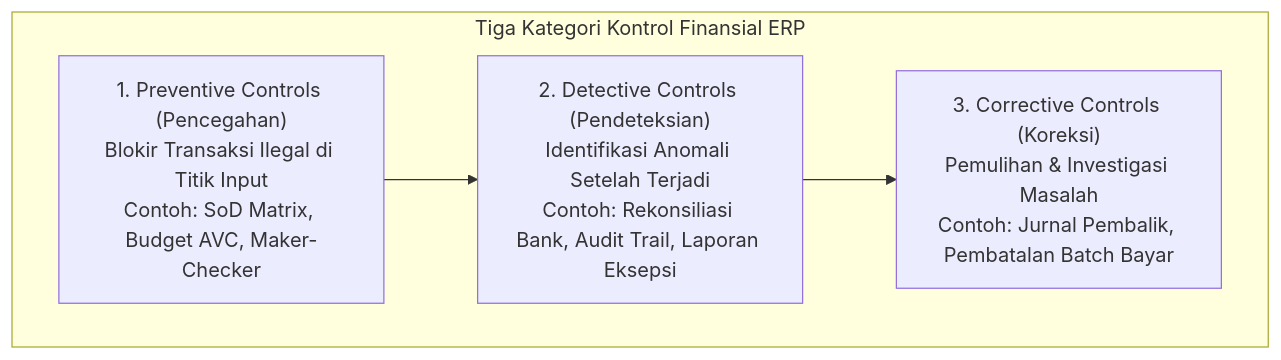
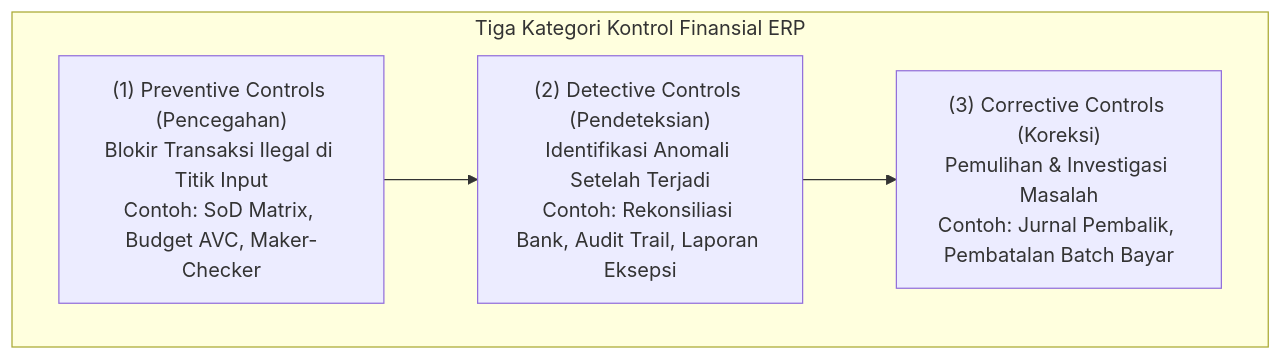
Before and after one commit to alimurrofid/erp-notes: the first of 2 diagrams in content/07-finance/financial-controls.md, drawn with Mermaid. The commit also changed 132 other files, not shown here.

````diff
--- a/content/07-finance/financial-controls.md
+++ b/content/07-finance/financial-controls.md
@@ -9,9 +9,9 @@
 ```mermaid
 flowchart TD
     subgraph COSOControlTypes["Tiga Kategori Kontrol Finansial ERP"]
-        Prev["1. Preventive Controls (Pencegahan)<br/>Blokir Transaksi Ilegal di Titik Input<br/>Contoh: SoD Matrix, Budget AVC, Maker-Checker"]
-        Det["2. Detective Controls (Pendeteksian)<br/>Identifikasi Anomali Setelah Terjadi<br/>Contoh: Rekonsiliasi Bank, Audit Trail, Laporan Eksepsi"]
-        Corr["3. Corrective Controls (Koreksi)<br/>Pemulihan & Investigasi Masalah<br/>Contoh: Jurnal Pembalik, Pembatalan Batch Bayar"]
+        Prev["(1) Preventive Controls (Pencegahan)<br/>Blokir Transaksi Ilegal di Titik Input<br/>Contoh: SoD Matrix, Budget AVC, Maker-Checker"]
+        Det["(2) Detective Controls (Pendeteksian)<br/>Identifikasi Anomali Setelah Terjadi<br/>Contoh: Rekonsiliasi Bank, Audit Trail, Laporan Eksepsi"]
+        Corr["(3) Corrective Controls (Koreksi)<br/>Pemulihan & Investigasi Masalah<br/>Contoh: Jurnal Pembalik, Pembatalan Batch Bayar"]
     end
     Prev --> Det --> Corr
 ```
````
